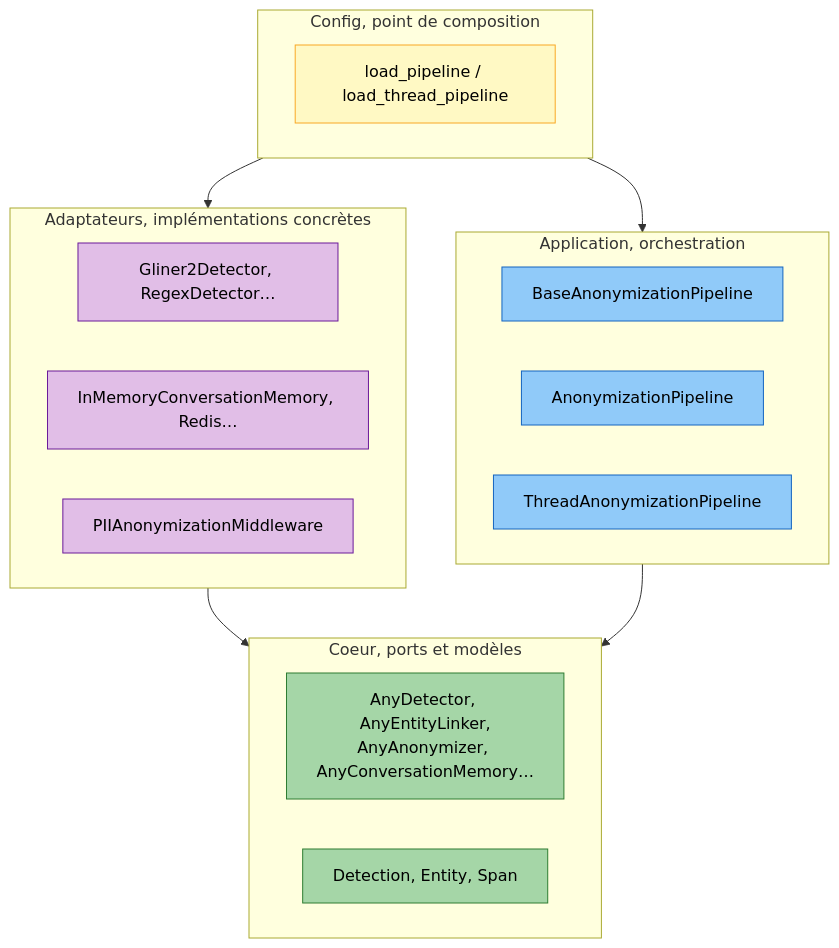
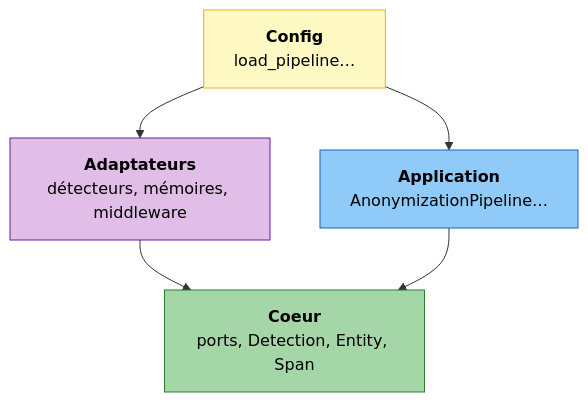
One commit to Athroniaeth/piighost changed the first of 4 diagrams in docs/fr/architecture.md. Above: the diagram before and after it, drawn with Mermaid. The commit also changed other lines of this file and 7 other files, not shown here.

First line of the commit message:
docs: smaller diagrams, one note per protection, an airier placeholder page

````diff
--- a/docs/fr/architecture.md
+++ b/docs/fr/architecture.md
@@ -28,37 +28,19 @@
 ```mermaid
 flowchart TB
     classDef core fill:#A5D6A7,stroke:#2E7D32,color:#000
     classDef app fill:#90CAF9,stroke:#1565C0,color:#000
     classDef adapter fill:#E1BEE7,stroke:#6A1B9A,color:#000
     classDef config fill:#FFF9C4,stroke:#F9A825,color:#000
 
-    subgraph CONFIG ["Config, point de composition"]
-        direction LR
-        CFG["load_pipeline / load_thread_pipeline"]:::config
-    end
+    CFG["`**Config**
+    load_pipeline…`"]:::config
+    ADP["`**Adaptateurs**
+    détecteurs, mémoires, middleware`"]:::adapter
+    APP["`**Application**
+    AnonymizationPipeline…`"]:::app
+    CORE["`**Coeur**
+    ports, Detection, Entity, Span`"]:::core
 
-    subgraph ADAPTERS ["Adaptateurs, implémentations concrètes"]
-        direction LR
-        A_DET["Gliner2Detector, RegexDetector…"]:::adapter
-        A_MEM["InMemoryConversationMemory, Redis…"]:::adapter
-        A_MW["PIIAnonymizationMiddleware"]:::adapter
-    end
-
-    subgraph APP ["Application, orchestration"]
-        direction LR
-        P_BASE["BaseAnonymizationPipeline"]:::app
-        P_ONE["AnonymizationPipeline"]:::app
-        P_THREAD["ThreadAnonymizationPipeline"]:::app
-    end
-
-    subgraph CORE ["Coeur, ports et modèles"]
-        direction LR
-        PORTS["AnyDetector, AnyEntityLinker,\nAnyAnonymizer, AnyConversationMemory…"]:::core
-        MODELS["Detection, Entity, Span"]:::core
-    end
-
-    CONFIG --> ADAPTERS
-    CONFIG --> APP
-    ADAPTERS --> CORE
-    APP --> CORE
+    CFG --> ADP & APP
+    ADP & APP --> CORE
 ```
````
